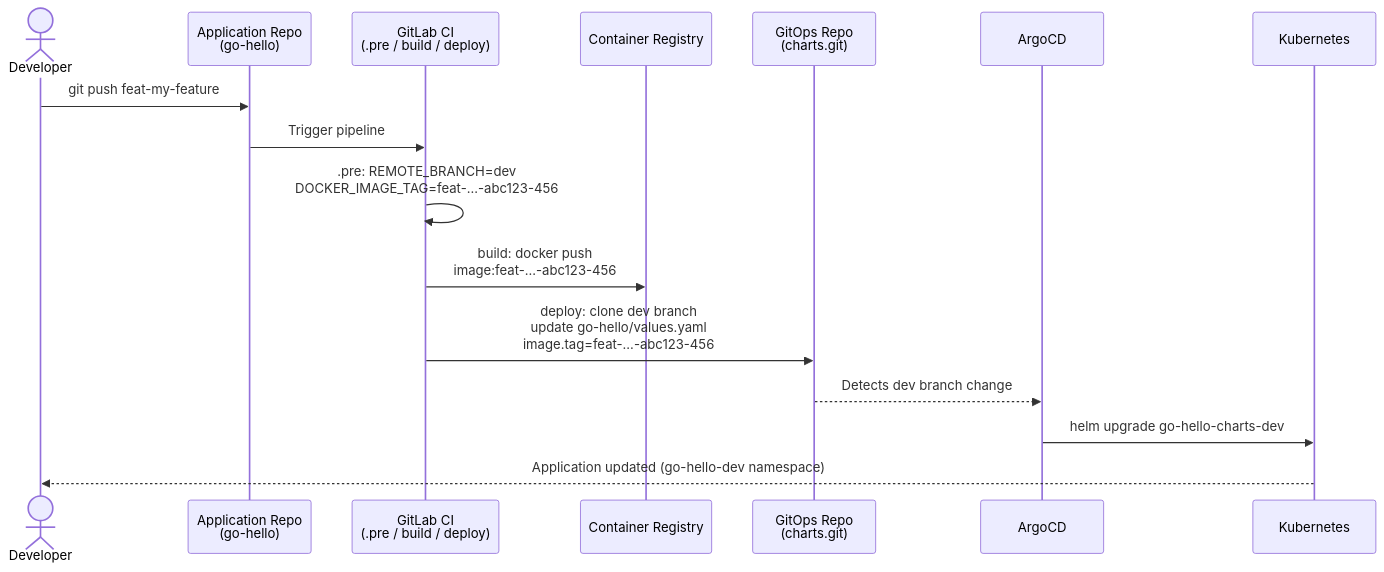
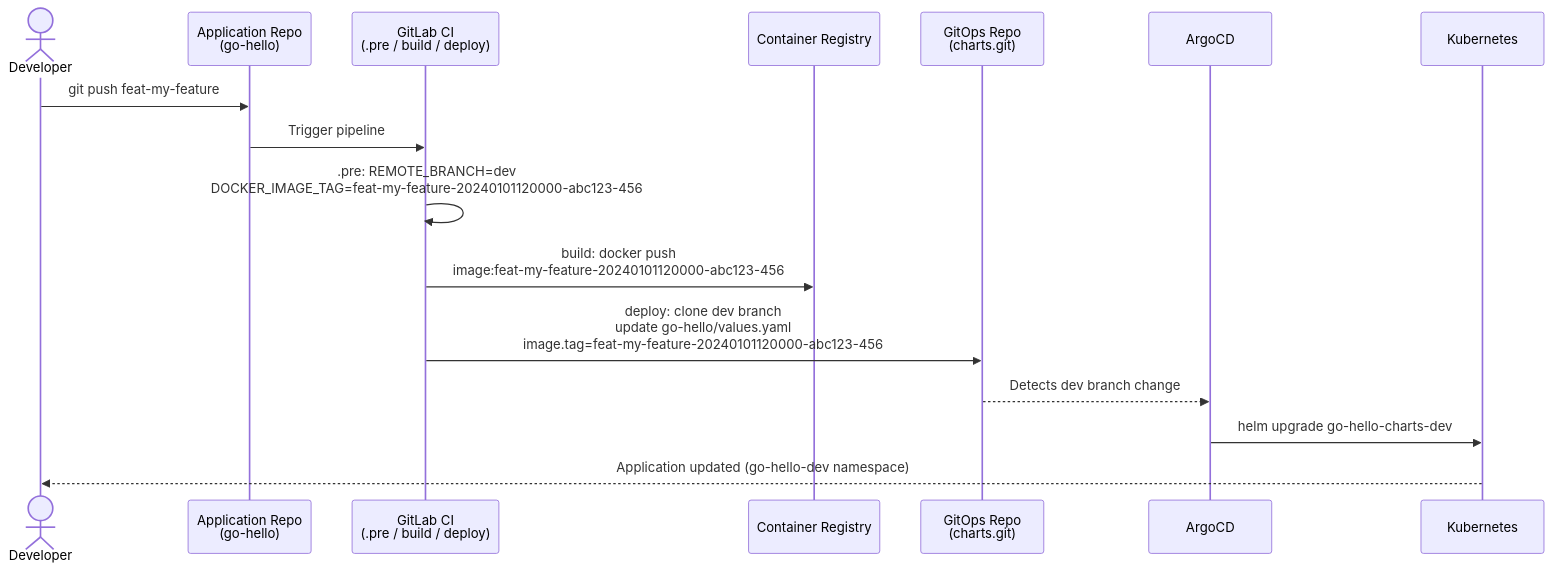
Before and after one commit to cdryzun/gitlab-ci-templates: the third of 7 diagrams in docs/cd/en/06-multi-project-gitops.md, drawn with Mermaid. The commit also changed other lines of this file and 9 other files, not shown here.

````diff
--- a/docs/cd/en/06-multi-project-gitops.md
+++ b/docs/cd/en/06-multi-project-gitops.md
@@ -148,19 +152,19 @@
 ```mermaid
 sequenceDiagram
     actor Dev as Developer
     participant GitApp as Application Repo<br/>(go-hello)
     participant CI as GitLab CI<br/>(.pre / build / deploy)
     participant Reg as Container Registry
     participant GitOps as GitOps Repo<br/>(charts.git)
     participant Argo as ArgoCD
     participant K8s as Kubernetes
 
     Dev->>GitApp: git push feat-my-feature
     GitApp->>CI: Trigger pipeline
-    CI->>CI: .pre: REMOTE_BRANCH=dev<br/>DOCKER_IMAGE_TAG=feat-...-abc123-456
-    CI->>Reg: build: docker push<br/>image:feat-...-abc123-456
-    CI->>GitOps: deploy: clone dev branch<br/>update go-hello/values.yaml<br/>image.tag=feat-...-abc123-456
+    CI->>CI: .pre: REMOTE_BRANCH=dev<br/>DOCKER_IMAGE_TAG=feat-my-feature-20240101120000-abc123-456
+    CI->>Reg: build: docker push<br/>image:feat-my-feature-20240101120000-abc123-456
+    CI->>GitOps: deploy: clone dev branch<br/>update go-hello/values.yaml<br/>image.tag=feat-my-feature-20240101120000-abc123-456
     GitOps-->>Argo: Detects dev branch change
     Argo->>K8s: helm upgrade go-hello-charts-dev
     K8s-->>Dev: Application updated (go-hello-dev namespace)
 ```
````
